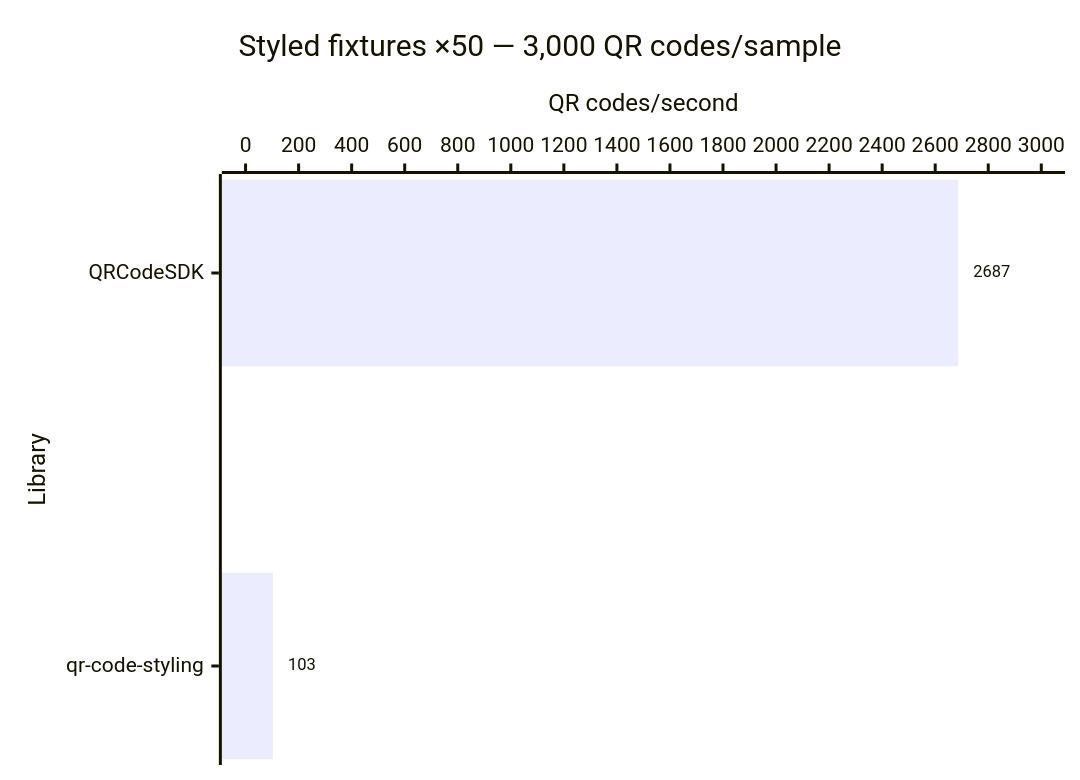
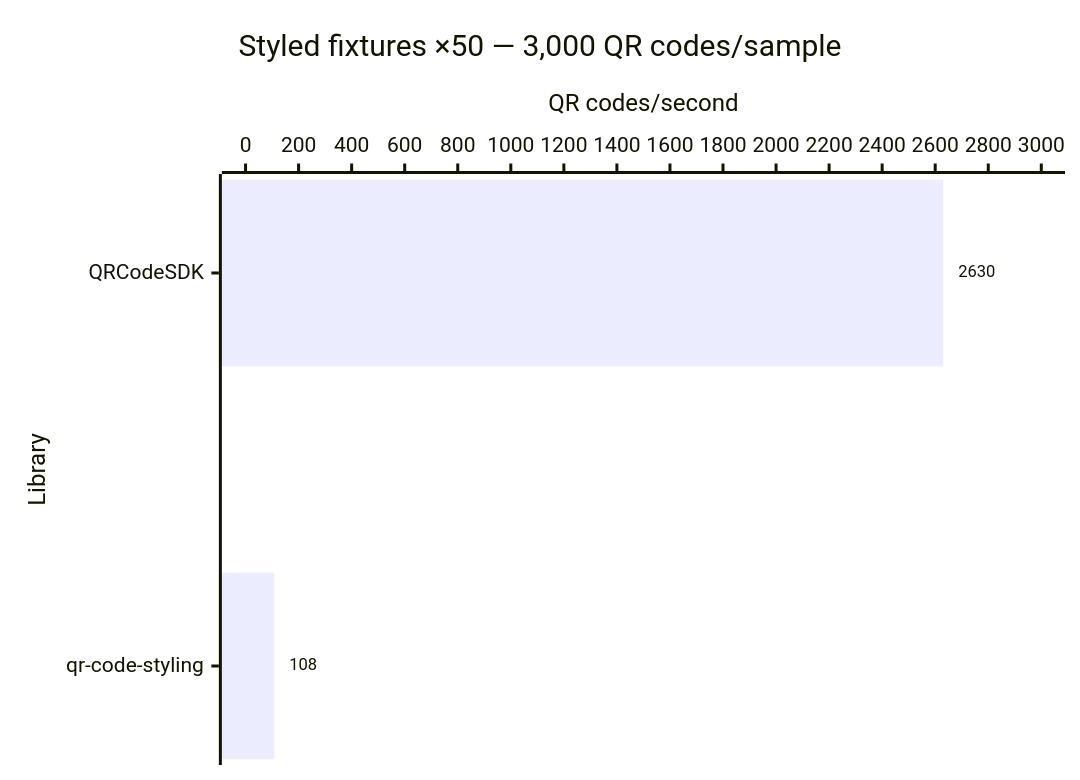
Diagram 14 of 14 in apps/docs/src/content/docs/learn/performance.md (Dafnik/qrcodesdk), drawn with Mermaid before and after one commit. The commit also changed other lines of this file and 381 other files, not shown here.

````diff
--- a/apps/docs/src/content/docs/learn/performance.md
+++ b/apps/docs/src/content/docs/learn/performance.md
@@ -300,15 +300,15 @@
 ```mermaid
 ---
 config:
   xyChart:
     showDataLabel: true
     showDataLabelOutsideBar: true
 ---
 xychart horizontal
   accTitle: Styled SVG generation: Styled fixtures ×50 — 3,000 QR codes/sample
-  accDescr: Throughput calculated from median time. QRCodeSDK 2,687 QR codes per second, qr-code-styling 103 QR codes per second. Higher is better.
+  accDescr: Throughput calculated from median time. QRCodeSDK 2,630 QR codes per second, qr-code-styling 108 QR codes per second. Higher is better.
   title "Styled fixtures ×50 — 3,000 QR codes/sample"
   x-axis "Library" ["QRCodeSDK", "qr-code-styling"]
   y-axis "QR codes/second" 0 --> 3000
-  bar [2687, 103]
+  bar [2630, 108]
 ```
````
